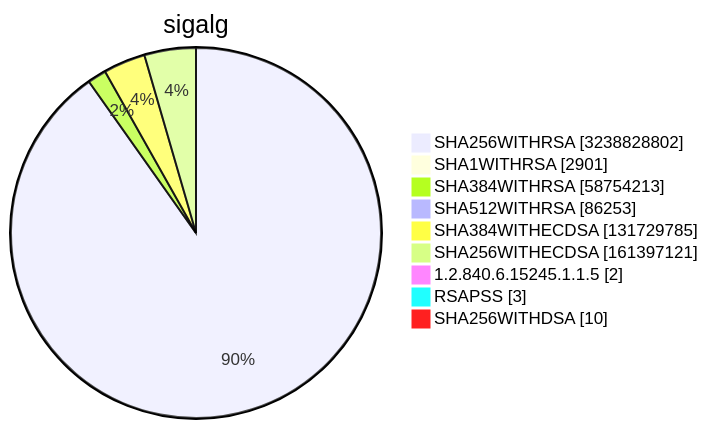
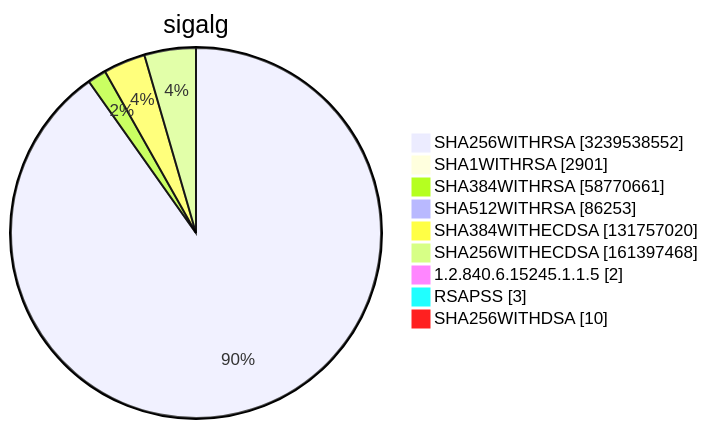
One commit to christiankrug/ctmonitor_visualization changed diagram 15 of 15 in TOTAL/README.md. Above: the diagram before and after it, drawn with Mermaid. The commit also changed other lines of this file, not shown here.

````diff
--- a/TOTAL/README.md
+++ b/TOTAL/README.md
@@ -6217,13 +6217,13 @@
 ```mermaid
 pie showData
 title sigalg
-"SHA256WITHRSA" :3238828802
+"SHA256WITHRSA" :3239538552
 "SHA1WITHRSA" :2901
-"SHA384WITHRSA" :58754213
+"SHA384WITHRSA" :58770661
 "SHA512WITHRSA" :86253
-"SHA384WITHECDSA" :131729785
-"SHA256WITHECDSA" :161397121
+"SHA384WITHECDSA" :131757020
+"SHA256WITHECDSA" :161397468
 "1.2.840.6.15245.1.1.5" :2
 "RSAPSS" :3
 "SHA256WITHDSA" :10
 ```
````
